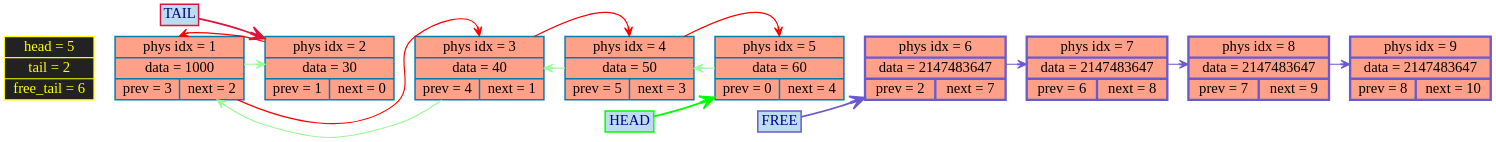
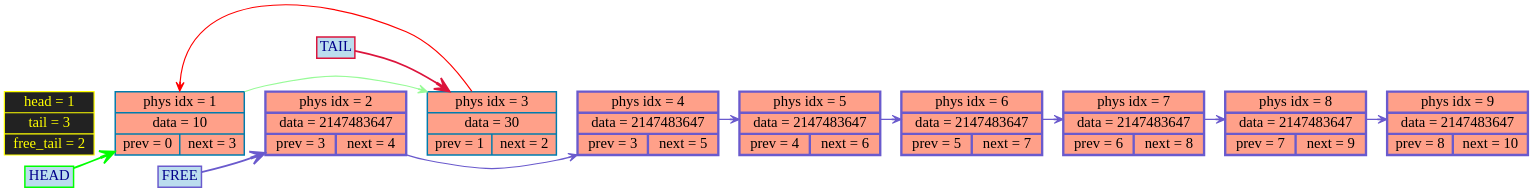
Before and after one commit to timoko3/list: the diagram in graphDumps/graphDump.dot, drawn with Graphviz. The commit also changed 22 other files, not shown here.

```diff
--- a/graphDumps/graphDump.dot
+++ b/graphDumps/graphDump.dot
@@ -1,35 +1,38 @@
 digraph G {
 rankdir=LR
 bgcolor="transparent"
 	node [shape=record, style="filled", fillcolor="#FFA089", fontcolor="black", color="#007CAD", penwidth=2.5, fontname="Tahoma", fontsize=25];
 
 edge [color="#2d714f", arrowsize=1, penwidth=5, arrowhead="vee", style="bold"];
-node0 [label="head = 5 | tail = 2 | free_tail = 6", shape=record, style="filled", fillcolor="#222222", fontcolor="yellow", color="yellow", penwidth=2];
-	node1 [label="phys idx = 1 | data = 1000 | {prev = 3 | next = 2} "];
-	node2 [label="phys idx = 2 | data = 30 | {prev = 1 | next = 0} "];
-	node3 [label="phys idx = 3 | data = 40 | {prev = 4 | next = 1} "];
-	node4 [label="phys idx = 4 | data = 50 | {prev = 5 | next = 3} "];
-	node5 [label="phys idx = 5 | data = 60 | {prev = 0 | next = 4} "];
-	node6 [label="phys idx = 6 | data = 2147483647 | {prev = 2 | next = 7} "];
+node0 [label="head = 1 | tail = 3 | free_tail = 2", shape=record, style="filled", fillcolor="#222222", fontcolor="yellow", color="yellow", penwidth=2];
+	node1 [label="phys idx = 1 | data = 10 | {prev = 0 | next = 3} "];
+	node2 [label="phys idx = 2 | data = 2147483647 | {prev = 3 | next = 4} "];
+	node3 [label="phys idx = 3 | data = 30 | {prev = 1 | next = 2} "];
+	node4 [label="phys idx = 4 | data = 2147483647 | {prev = 3 | next = 5} "];
+	node5 [label="phys idx = 5 | data = 2147483647 | {prev = 4 | next = 6} "];
+	node6 [label="phys idx = 6 | data = 2147483647 | {prev = 5 | next = 7} "];
 	node7 [label="phys idx = 7 | data = 2147483647 | {prev = 6 | next = 8} "];
 	node8 [label="phys idx = 8 | data = 2147483647 | {prev = 7 | next = 9} "];
 	node9 [label="phys idx = 9 | data = 2147483647 | {prev = 8 | next = 10} "];
 
 head_label      [shape=box, label="HEAD", style="filled", fillcolor="#BBDDEE", color="lime", fontcolor="darkblue"];
 tail_label      [shape=box, label="TAIL", style="filled", fillcolor="#BBDDEE", color="#DC143C",   fontcolor="darkblue"];
 free_head_label [shape=box, label="FREE", style="filled", fillcolor="#BBDDEE", color="#6A5ACD",   fontcolor="darkblue"];
-head_label      -> node5 [color="lime", arrowsize=2.5, penwidth=3];
-tail_label      -> node2 [color="#DC143C"  , arrowsize=2.5, penwidth=3];
-free_head_label -> node6 [color="#6A5ACD"  , arrowsize=2.5, penwidth=3];
+head_label      -> node1 [color="lime", arrowsize=2.5, penwidth=3];
+tail_label      -> node3 [color="#DC143C"  , arrowsize=2.5, penwidth=3];
+free_head_label -> node2 [color="#6A5ACD"  , arrowsize=2.5, penwidth=3];
 node0 -> node1[style=invis, weight = 100000]	node1 -> node2 -> node3 -> node4 -> node5 -> node6 -> node7 -> node8 -> node9[style=invis, weight=1000000];
-	node5 -> node4 -> node3 -> node1 -> node2[color="#98FB98", arrowsize=1.5, penwidth=2, weight=100000];
+	node1 -> node3[color="#98FB98", arrowsize=1.5, penwidth=2, weight=100000];
 
-	node6 -> node7 -> node8 -> node9[color="#6A5ACD", arrowsize=1.5, penwidth=2, weight=100000];
+	node2 -> node4 -> node5 -> node6 -> node7 -> node8 -> node9[color="#6A5ACD", arrowsize=1.5, penwidth=2, weight=100000];
 
+	node2[color = "#6A5ACD", penwidth=4];
+	node4[color = "#6A5ACD", penwidth=4];
+	node5[color = "#6A5ACD", penwidth=4];
 	node6[color = "#6A5ACD", penwidth=4];
 	node7[color = "#6A5ACD", penwidth=4];
 	node8[color = "#6A5ACD", penwidth=4];
 	node9[color = "#6A5ACD", penwidth=4];
-node2 -> node1 -> node3 -> node4 -> node5[color="red", arrowsize=1.5, penwidth=2, weight=100000, headport=n];
+node3 -> node1[color="red", arrowsize=1.5, penwidth=2, weight=100000, headport=n];
 
 }
```
